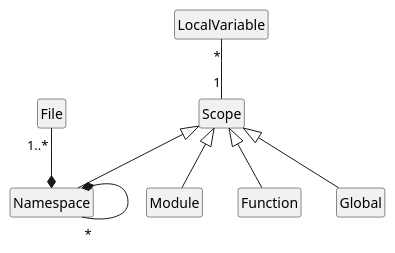
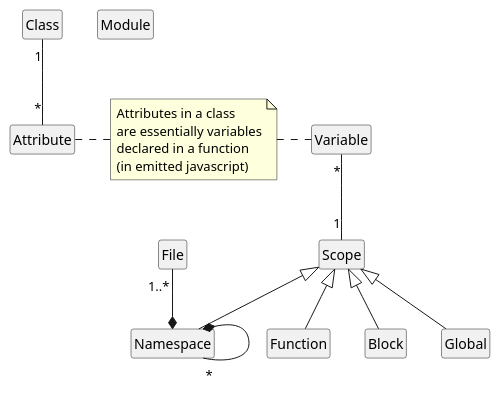
The first of 2 diagrams in docs/scoping.puml (Arezoo-Nasr/FamixTypeScriptImporter), drawn with PlantUML before and after one commit. The commit also changed other lines of this file, not shown here.

```diff
--- a/docs/scoping.puml
+++ b/docs/scoping.puml
@@ -1,17 +1,31 @@
 @startuml scoping
 skinparam style strictuml
 ' skinparam Linetype ortho
 hide empty members
 class Namespace
 class Module
-class Function
-class LocalVariable
+class "Function" as function
+class Variable
 class Scope
 Namespace *-- "*" Namespace
 File "1..*" --* Namespace
-LocalVariable "*" -- "1" Scope
-Scope <|-- Function
-Scope <|-- Module
+Variable "*" -- "1" Scope
 Scope <|-- Namespace
+Scope <|-- function
+Scope <|-- Block
 Scope <|-- Global
+note as fscope
+Attributes in a class
+are essentially variables
+declared in a function
+(in emitted javascript)
+end note
+fscope .r. Variable
+
+class Class
+class Attribute
+
+Class "1" -- "*" Attribute
+fscope .l. Attribute
+'fscope .. Class
 @enduml
```
